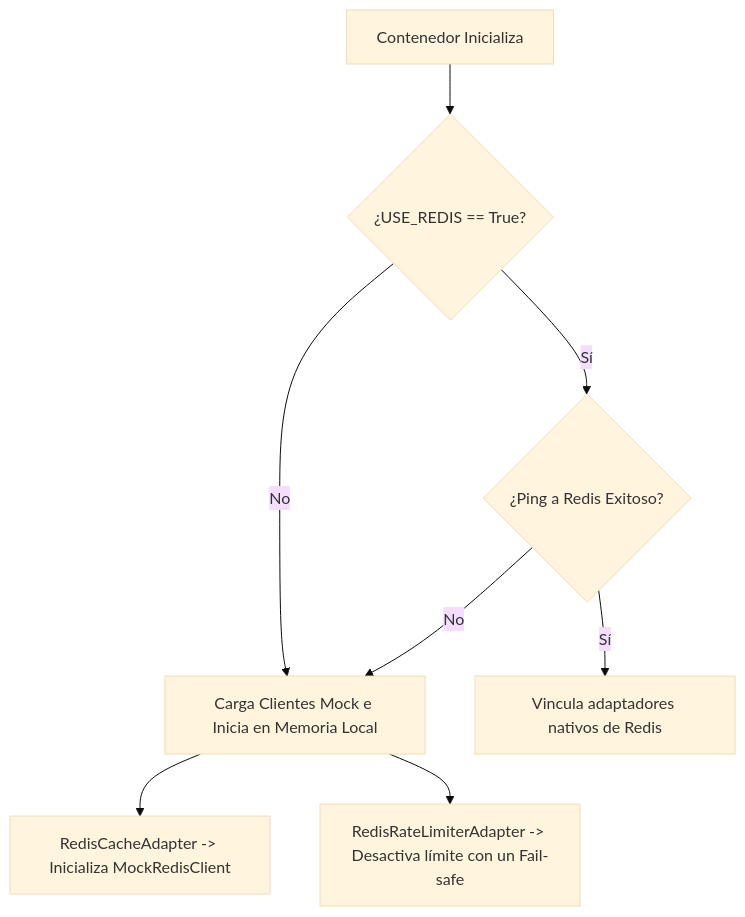
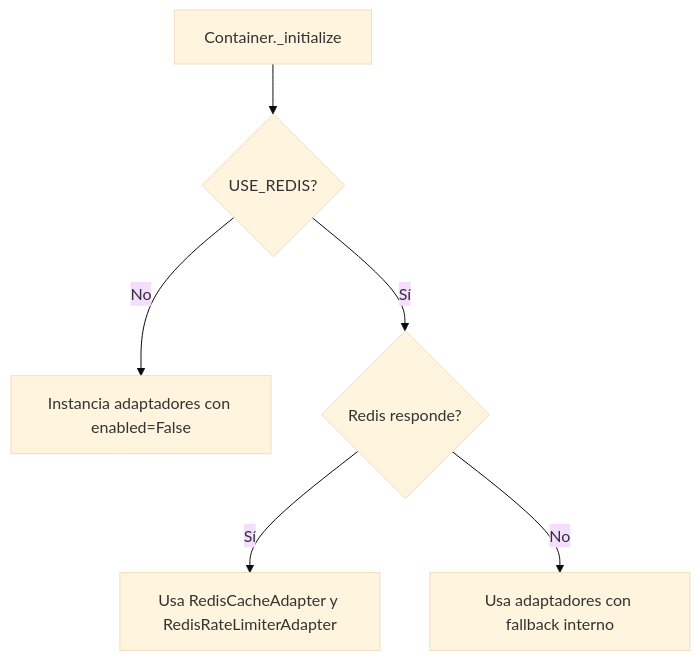
Before and after one commit to jagelvisR/APIvenezuelaearthquake: the third of 3 diagrams in ARCHITECTURE.md, drawn with Mermaid (base theme). The commit also changed other lines of this file and 28 other files, not shown here.

````diff
--- a/ARCHITECTURE.md
+++ b/ARCHITECTURE.md
@@ -127,13 +124,8 @@
 ```mermaid
 graph TD
-    Start[Contenedor Inicializa] --> CheckEnv{¿USE_REDIS == True?}
-    
-    CheckEnv -->|Sí| TestConn{¿Ping a Redis Exitoso?}
-    CheckEnv -->|No| Fallback[Carga Clientes Mock e Inicia en Memoria Local]
-    
-    TestConn -->|Sí| ProdAdapters[Vincula adaptadores nativos de Redis]
-    TestConn -->|No| Fallback
-    
-    Fallback --> MockCache[RedisCacheAdapter -> Inicializa MockRedisClient]
-    Fallback --> MockRate[RedisRateLimiterAdapter -> Desactiva límite con un Fail-safe]
+    Init[Container._initialize] --> UseRedis{USE_REDIS?}
+    UseRedis -->|No| LocalFallback[Instancia adaptadores con enabled=False]
+    UseRedis -->|Sí| Ping{Redis responde?}
+    Ping -->|Sí| Native[Usa RedisCacheAdapter y RedisRateLimiterAdapter]
+    Ping -->|No| Graceful[Usa adaptadores con fallback interno]
 ```
````
